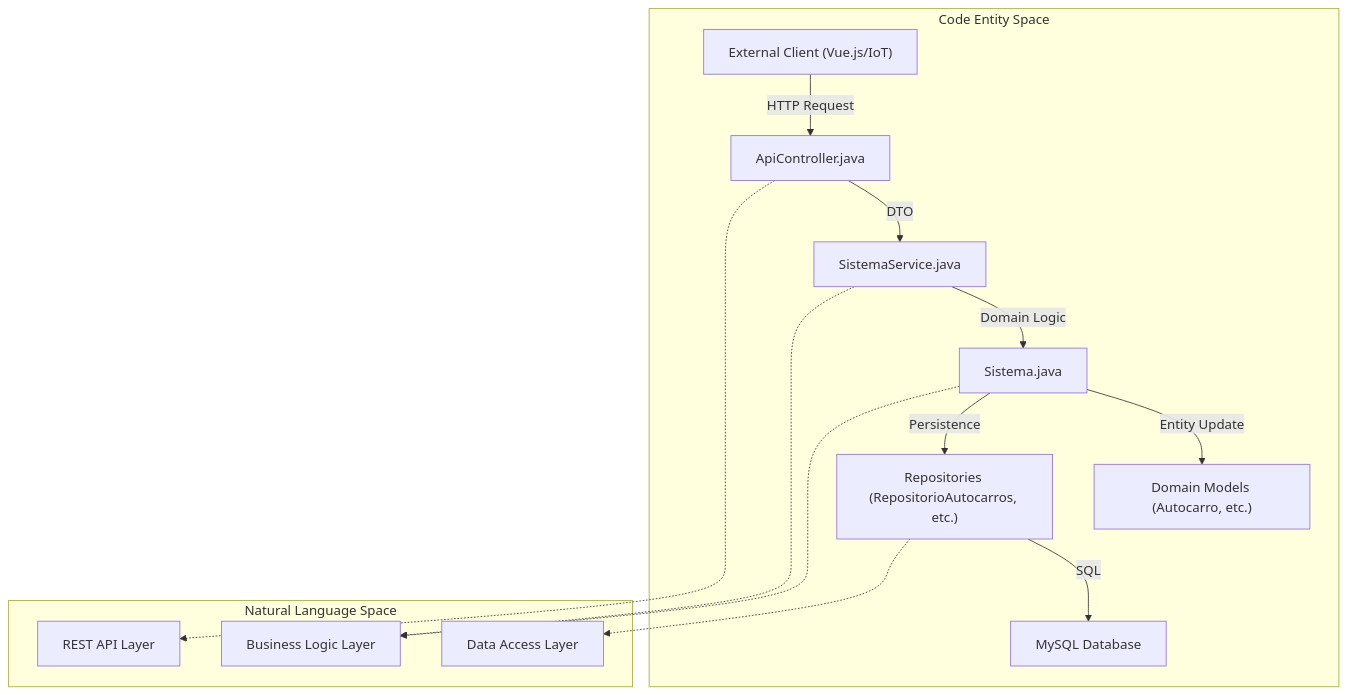
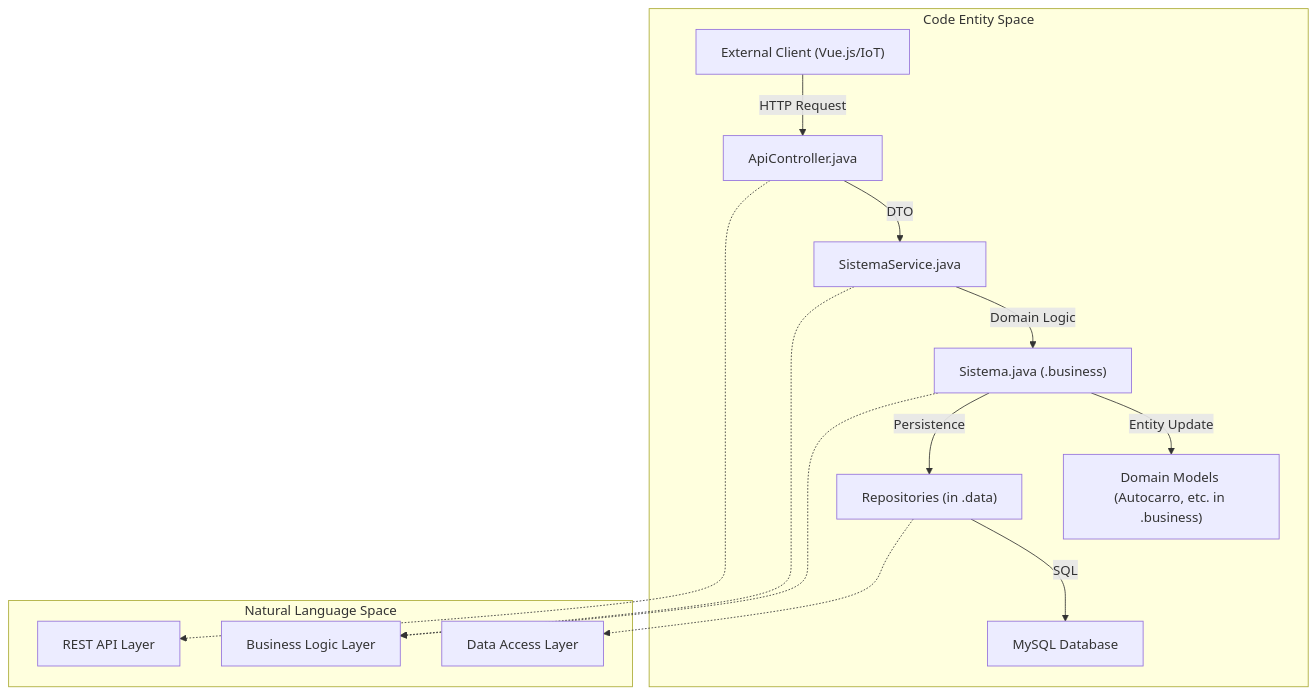
The diagram in Wiki/03-Backend-Spring-Boot-API.md (afonso4machado-a11y/pgu-tub-dai), drawn with Mermaid before and after one commit. The commit also changed other lines of this file and 8 other files, not shown here.

Commit message:
docs: update wiki files with new package names and add simple + technical explanations to all diagrams

````diff
--- a/Wiki/03-Backend-Spring-Boot-API.md
+++ b/Wiki/03-Backend-Spring-Boot-API.md
@@ -23,22 +22,22 @@
 ```mermaid
 graph TD
  subgraph "Code Entity Space"
  Client["External Client (Vue.js/IoT)"] -- "HTTP Request" --> Controller["ApiController.java"]
  Controller -- "DTO" --> Service["SistemaService.java"]
- Service -- "Domain Logic" --> Facade["Sistema.java"]
- Facade -- "Entity Update" --> Domain["Domain Models (Autocarro, etc.)"]
- Facade -- "Persistence" --> Repo["Repositories (RepositorioAutocarros, etc.)"]
+ Service -- "Domain Logic" --> Facade["Sistema.java (.business)"]
+ Facade -- "Entity Update" --> Domain["Domain Models (Autocarro, etc. in .business)"]
+ Facade -- "Persistence" --> Repo["Repositories (in .data)"]
  Repo -- "SQL" --> DB["MySQL Database"]
  end
 
  subgraph "Natural Language Space"
  API["REST API Layer"]
  Logic["Business Logic Layer"]
  Persistence["Data Access Layer"]
  end
 
  Controller -.-> API
  Service -.-> Logic
  Facade -.-> Logic
  Repo -.-> Persistence
 ```
````
